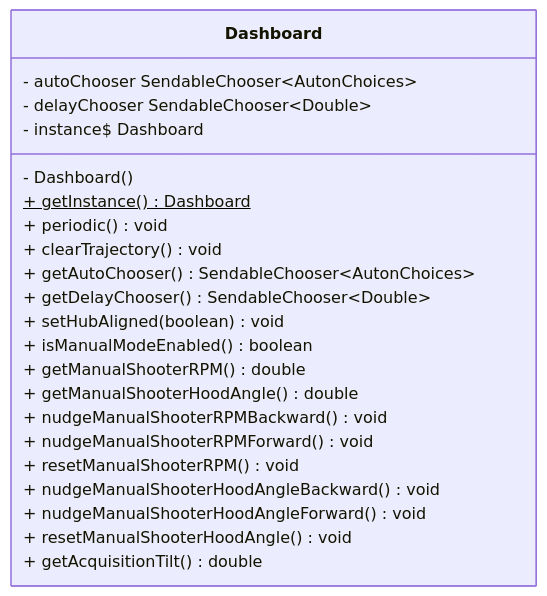
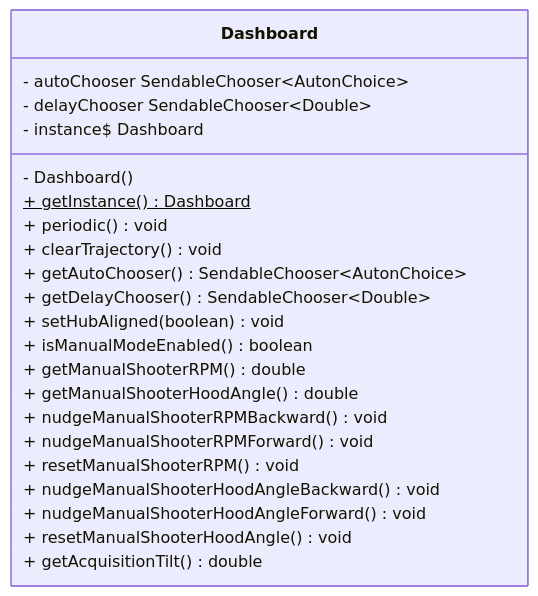
Before and after one commit to LakotaRobotics1038/2026RobotProject: the diagram in src/uml/frc/robot/subsystems/Dashboard.mmd, drawn with Mermaid. The commit also changed 6 other files, not shown here.

Commit message:
Update UML

```diff
--- a/src/uml/frc/robot/subsystems/Dashboard.mmd
+++ b/src/uml/frc/robot/subsystems/Dashboard.mmd
@@ -1,25 +1,25 @@
 classDiagram
   direction LR
 
   class Dashboard {
-    - autoChooser SendableChooser~AutonChoices~
+    - autoChooser SendableChooser~AutonChoice~
     - delayChooser SendableChooser~Double~
     - instance$ Dashboard
     - Dashboard()
     + getInstance()$ Dashboard
     + periodic() void
     + clearTrajectory() void
-    + getAutoChooser() SendableChooser~AutonChoices~
+    + getAutoChooser() SendableChooser~AutonChoice~
     + getDelayChooser() SendableChooser~Double~
     + setHubAligned(boolean) void
     + isManualModeEnabled() boolean
     + getManualShooterRPM() double
     + getManualShooterHoodAngle() double
     + nudgeManualShooterRPMBackward() void
     + nudgeManualShooterRPMForward() void
     + resetManualShooterRPM() void
     + nudgeManualShooterHoodAngleBackward() void
     + nudgeManualShooterHoodAngleForward() void
     + resetManualShooterHoodAngle() void
     + getAcquisitionTilt() double
   }
```
